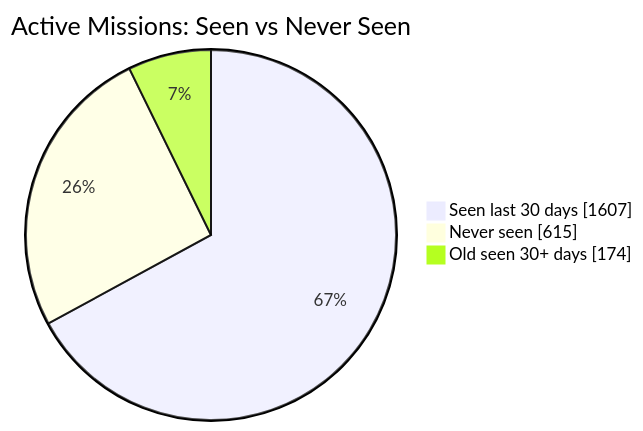
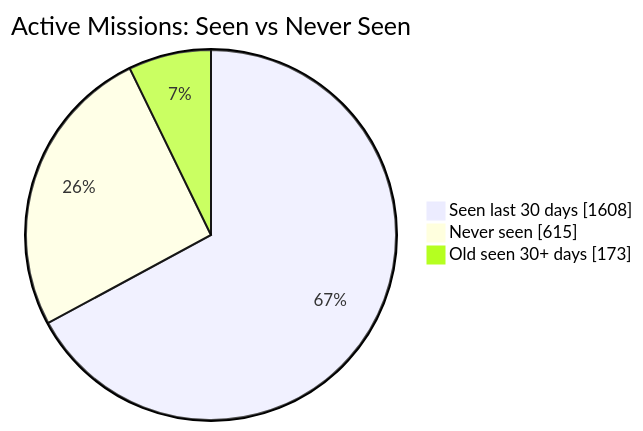
The first of 2 diagrams in README.md (MeldkamerspelGameTeam/active-missions), drawn with Mermaid before and after one commit. The commit also changed other lines of this file and 3 other files, not shown here.

````diff
--- a/README.md
+++ b/README.md
@@ -34,7 +34,7 @@
 ```mermaid
 pie showData
     title Active Missions: Seen vs Never Seen
-    "Seen last 30 days" : 1607
+    "Seen last 30 days" : 1608
     "Never seen" : 615
-    "Old seen 30+ days" : 174
+    "Old seen 30+ days" : 173
 ```
````
